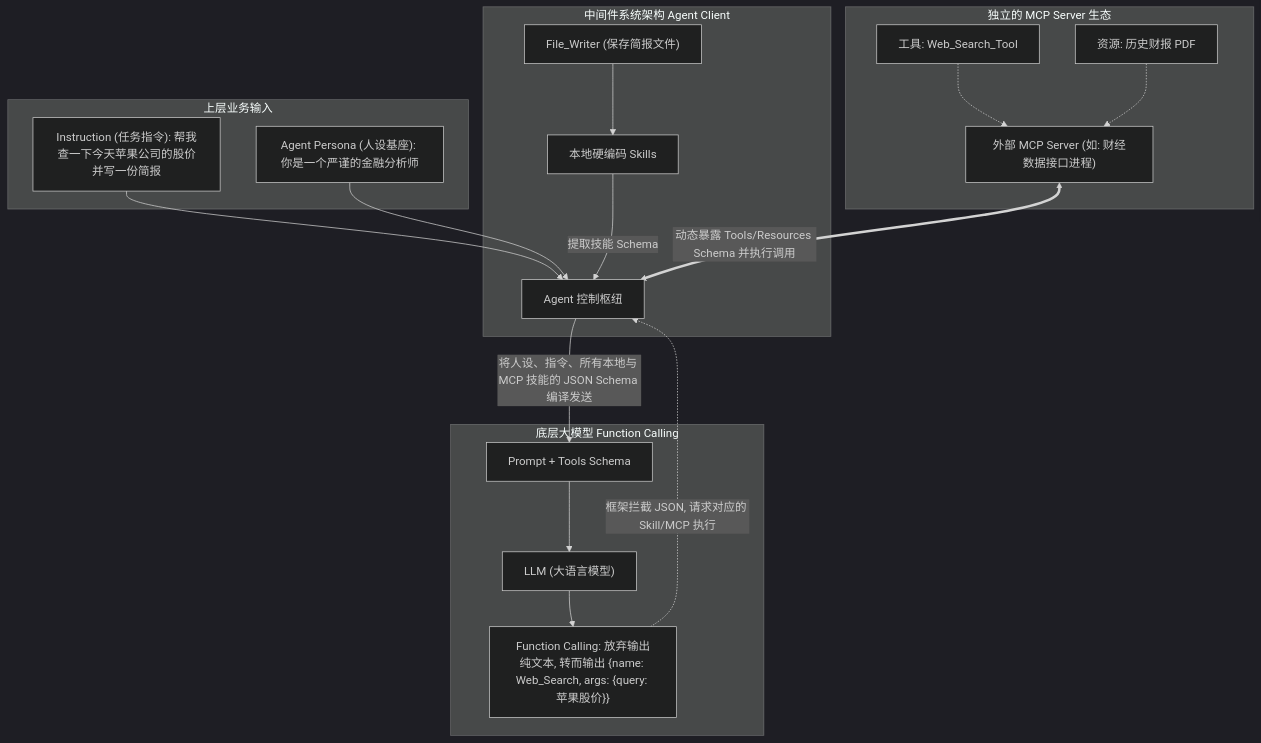
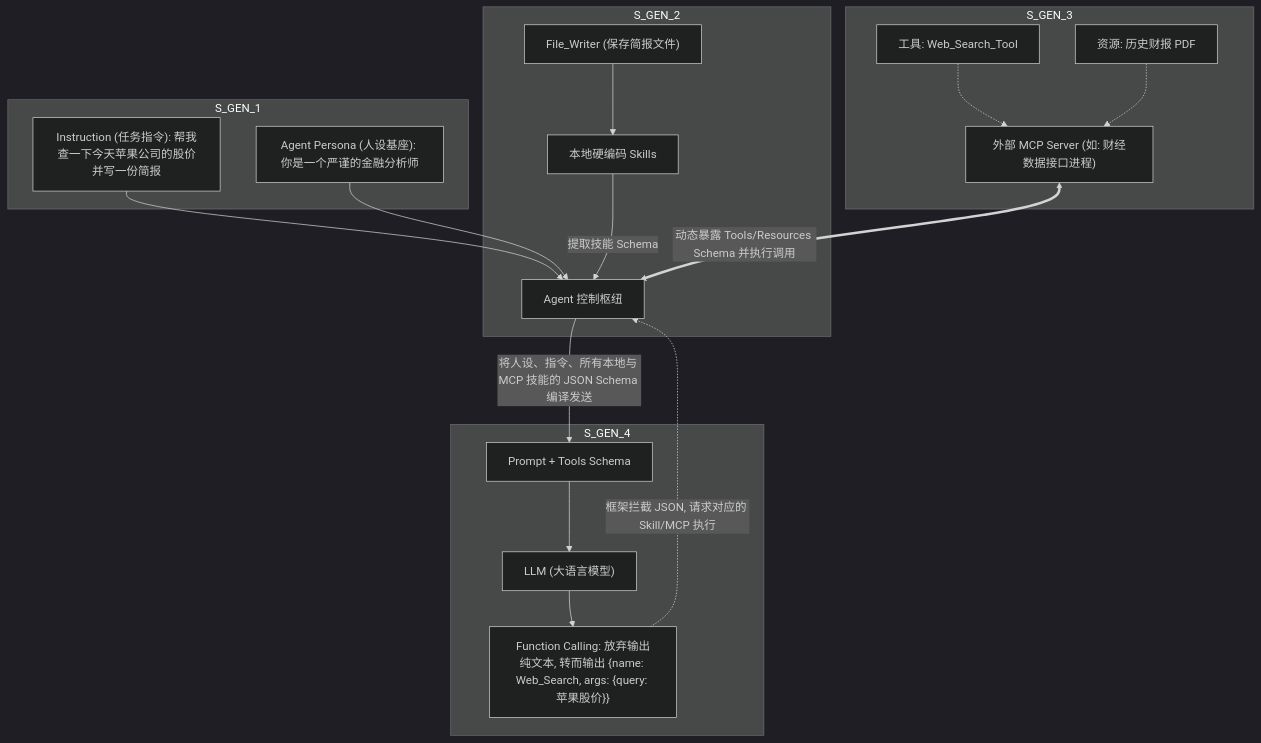
One commit to thisisjayden/ai-learning changed the diagram in learn_path/03_1_Agent_Core_Concepts_and_Relationships.md. Above: the diagram before and after it, drawn with Mermaid (dark theme). The commit also changed 9 other files, not shown here.

Commit message:
fix: remove all custom titles from Mermaid subgraphs to bypass GitHub parsing errors

````diff
--- a/learn_path/03_1_Agent_Core_Concepts_and_Relationships.md
+++ b/learn_path/03_1_Agent_Core_Concepts_and_Relationships.md
@@ -82,33 +82,33 @@
 ```mermaid
 graph TD
-    subgraph S_GEN_1 [上层业务输入]
+    subgraph S_GEN_1
         A["Instruction (任务指令): 帮我查一下今天苹果公司的股价并写一份简报"]
         B["Agent Persona (人设基座): 你是一个严谨的金融分析师"]
     end
 
-    subgraph S_GEN_2 [中间件系统架构 Agent Client]
+    subgraph S_GEN_2
         C["Agent 控制枢纽"]
         
         A --> C
         B --> C
         
         D["本地硬编码 Skills"]
         D1["File_Writer (保存简报文件)"] --> D
         D -->|提取技能 Schema| C
     end
 
-    subgraph S_GEN_3 [独立的 MCP Server 生态]
+    subgraph S_GEN_3
         E["外部 MCP Server (如: 财经数据接口进程)"]
         E1["工具: Web_Search_Tool"] -.-> E
         E2["资源: 历史财报 PDF"] -.-> E
         
         E <== "动态暴露 Tools/Resources Schema 并执行调用" ==> C
     end
 
-    subgraph S_GEN_4 [底层大模型 Function Calling]
+    subgraph S_GEN_4
         C -->|将人设、指令、所有本地与 MCP 技能的 JSON Schema 编译发送| F["Prompt + Tools Schema"]
         F --> G["LLM (大语言模型)"]
         G --> H["Function Calling: 放弃输出纯文本, 转而输出 {name: Web_Search, args: {query: 苹果股价}}"]
         H -. "框架拦截 JSON, 请求对应的 Skill/MCP 执行" .-> C
     end
 ```
````
